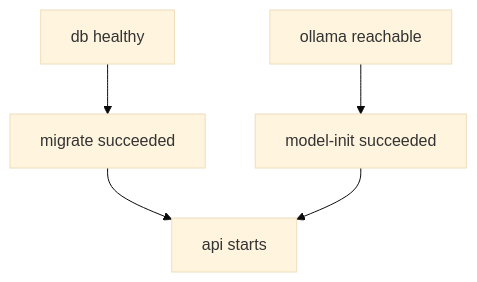
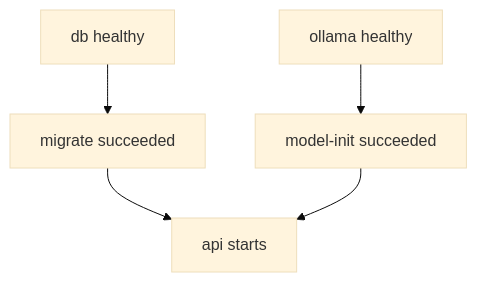
One commit to Luciano0322/incident-agent-runtime changed the first of 2 diagrams in README.md. Above: the diagram before and after it, drawn with Mermaid (base theme). The commit also changed other lines of this file and 4 other files, not shown here.

````diff
--- a/README.md
+++ b/README.md
@@ -56,7 +60,7 @@
 ```mermaid
 flowchart TD
     DB["db healthy"] --> M["migrate succeeded"]
-    O["ollama reachable"] --> P["model-init succeeded"]
+    O["ollama healthy"] --> P["model-init succeeded"]
     M --> A["api starts"]
     P --> A
 ```
````
